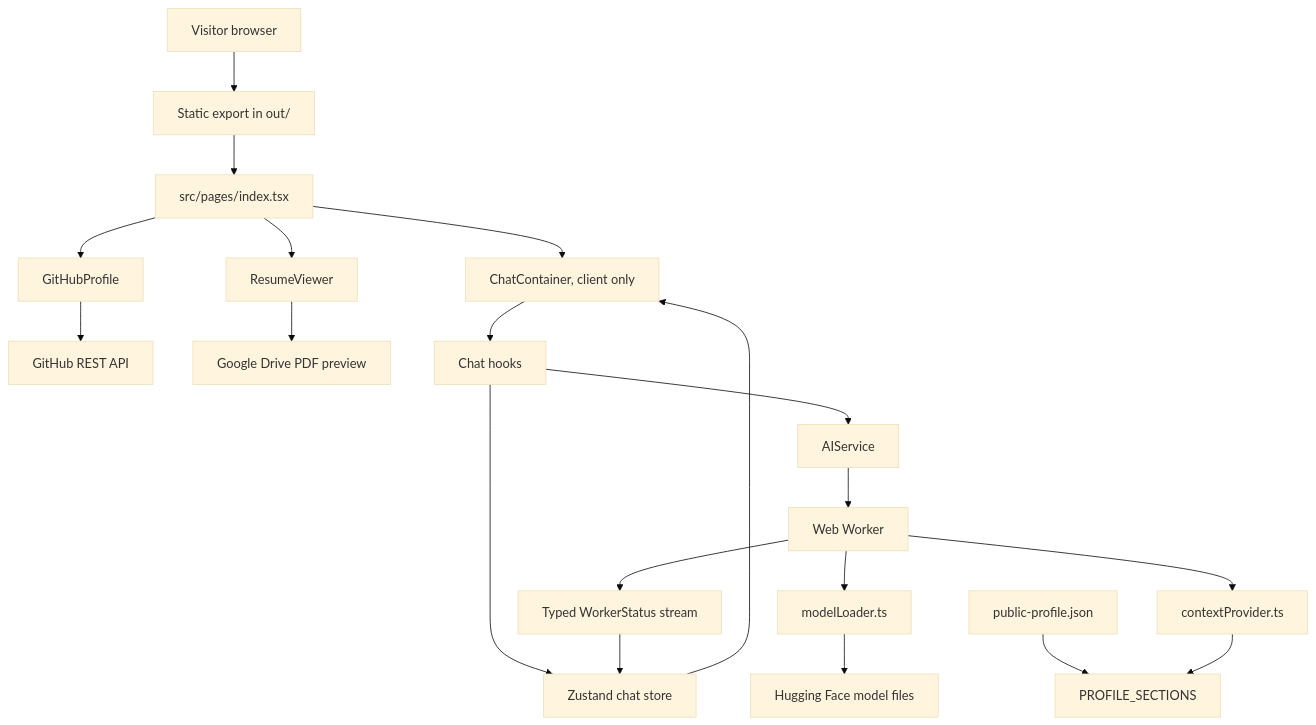
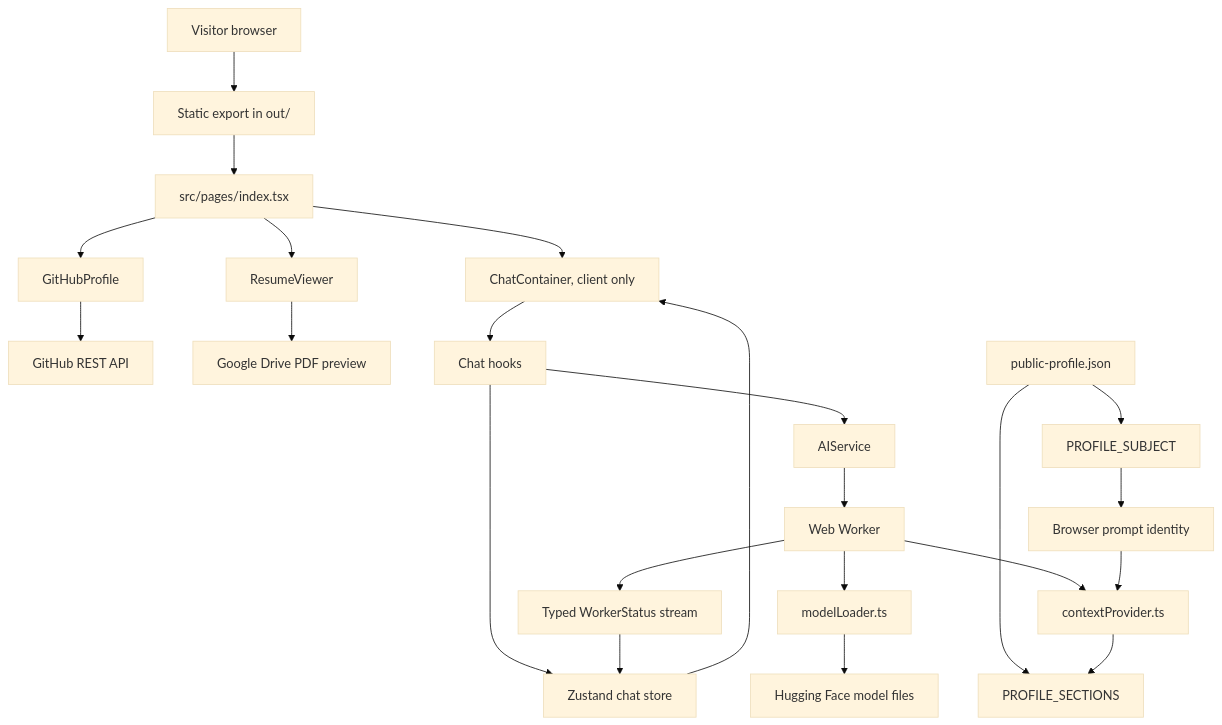
One commit to justinthelaw/justinthelaw changed the first of 4 diagrams in docs/DIAGRAMS.md. Above: the diagram before and after it, drawn with Mermaid (base theme). The commit also changed 11 other files, not shown here.

Commit message:
fix: derive prompt identity from canonical profile

````diff
--- a/docs/DIAGRAMS.md
+++ b/docs/DIAGRAMS.md
@@ -22,22 +22,25 @@
 ```mermaid
 flowchart TD
   visitor["Visitor browser"] --> staticSite["Static export in out/"]
   staticSite --> page["src/pages/index.tsx"]
   page --> profile["GitHubProfile"]
   profile --> github["GitHub REST API"]
   page --> resume["ResumeViewer"]
   resume --> drive["Google Drive PDF preview"]
   page --> chat["ChatContainer, client only"]
   chat --> chatHooks["Chat hooks"]
   chatHooks --> chatStore["Zustand chat store"]
   chatHooks --> aiService["AIService"]
   aiService --> worker["Web Worker"]
   worker --> loader["modelLoader.ts"]
   loader --> hf["Hugging Face model files"]
   worker --> context["contextProvider.ts"]
   canonicalProfile["public-profile.json"] --> profileSections["PROFILE_SECTIONS"]
+  canonicalProfile --> profileSubject["PROFILE_SUBJECT"]
+  profileSubject --> promptIdentity["Browser prompt identity"]
+  promptIdentity --> context
   context --> profileSections["PROFILE_SECTIONS"]
   worker --> stream["Typed WorkerStatus stream"]
   stream --> chatStore
   chatStore --> chat
 ```
````
